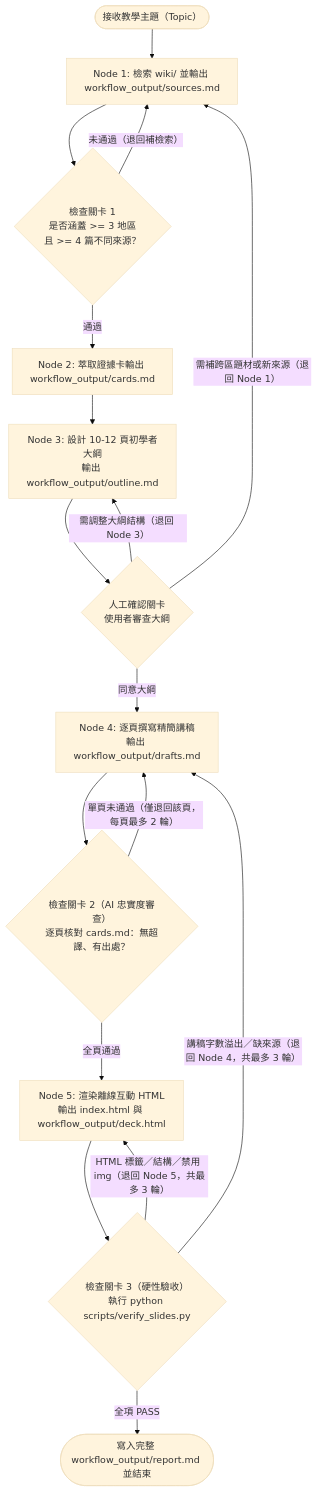
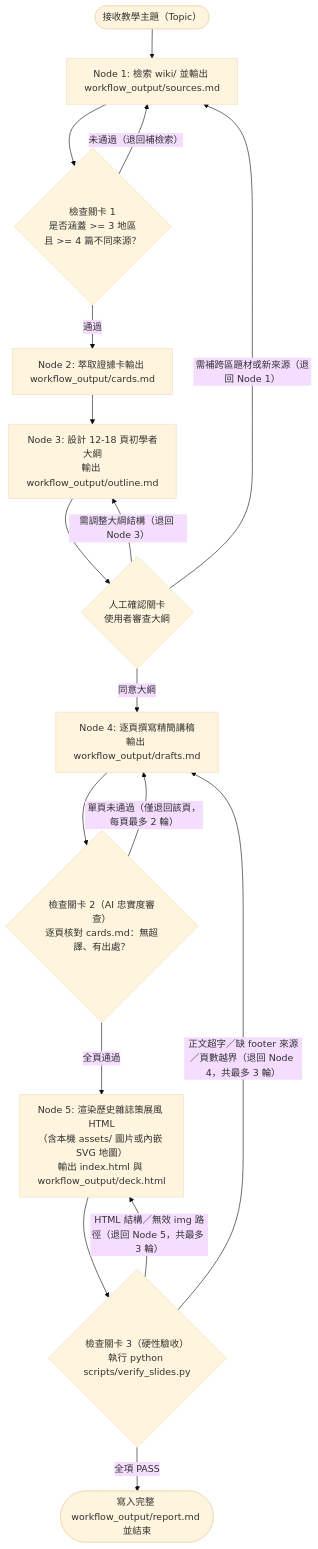
The diagram in .agents/workflows/topic-slides.md (raber18/ww-socialism-wiki), drawn with Mermaid (base theme) before and after one commit. The commit also changed other lines of this file and 1 other file, not shown here.

Commit message:
refactor: update slide verification rules and editorial workflow

````diff
--- a/.agents/workflows/topic-slides.md
+++ b/.agents/workflows/topic-slides.md
@@ -27,19 +28,19 @@
 ```mermaid
 flowchart TD
     Start(["接收教學主題（Topic）"]) --> N1["Node 1: 檢索 wiki/ 並輸出 workflow_output/sources.md"]
     N1 --> G1{"檢查關卡 1<br/>是否涵蓋 >= 3 地區<br/>且 >= 4 篇不同來源？"}
     G1 -- "未通過（退回補檢索）" --> N1
     G1 -- "通過" --> N2["Node 2: 萃取證據卡輸出 workflow_output/cards.md"]
-    N2 --> N3["Node 3: 設計 10-12 頁初學者大綱<br/>輸出 workflow_output/outline.md"]
+    N2 --> N3["Node 3: 設計 12-18 頁初學者大綱<br/>輸出 workflow_output/outline.md"]
     N3 --> HG{"人工確認關卡<br/>使用者審查大綱"}
     HG -- "需調整大綱結構（退回 Node 3）" --> N3
     HG -- "需補跨區題材或新來源（退回 Node 1）" --> N1
     HG -- "同意大綱" --> N4["Node 4: 逐頁撰寫精簡講稿<br/>輸出 workflow_output/drafts.md"]
     N4 --> G2{"檢查關卡 2（AI 忠實度審查）<br/>逐頁核對 cards.md：無超譯、有出處？"}
     G2 -- "單頁未通過（僅退回該頁，每頁最多 2 輪）" --> N4
-    G2 -- "全頁通過" --> N5["Node 5: 渲染離線互動 HTML<br/>輸出 index.html 與 workflow_output/deck.html"]
+    G2 -- "全頁通過" --> N5["Node 5: 渲染歷史雜誌策展風 HTML<br/>（含本機 assets/ 圖片或內嵌 SVG 地圖）<br/>輸出 index.html 與 workflow_output/deck.html"]
     N5 --> G3{"檢查關卡 3（硬性驗收）<br/>執行 python scripts/verify_slides.py"}
-    G3 -- "講稿字數溢出／缺來源（退回 Node 4，共最多 3 輪）" --> N4
-    G3 -- "HTML 標籤／結構／禁用 img（退回 Node 5，共最多 3 輪）" --> N5
+    G3 -- "正文超字／缺 footer 來源／頁數越界（退回 Node 4，共最多 3 輪）" --> N4
+    G3 -- "HTML 結構／無效 img 路徑（退回 Node 5，共最多 3 輪）" --> N5
     G3 -- "全項 PASS" --> Done(["寫入完整 workflow_output/report.md 並結束"])
 ```
````
